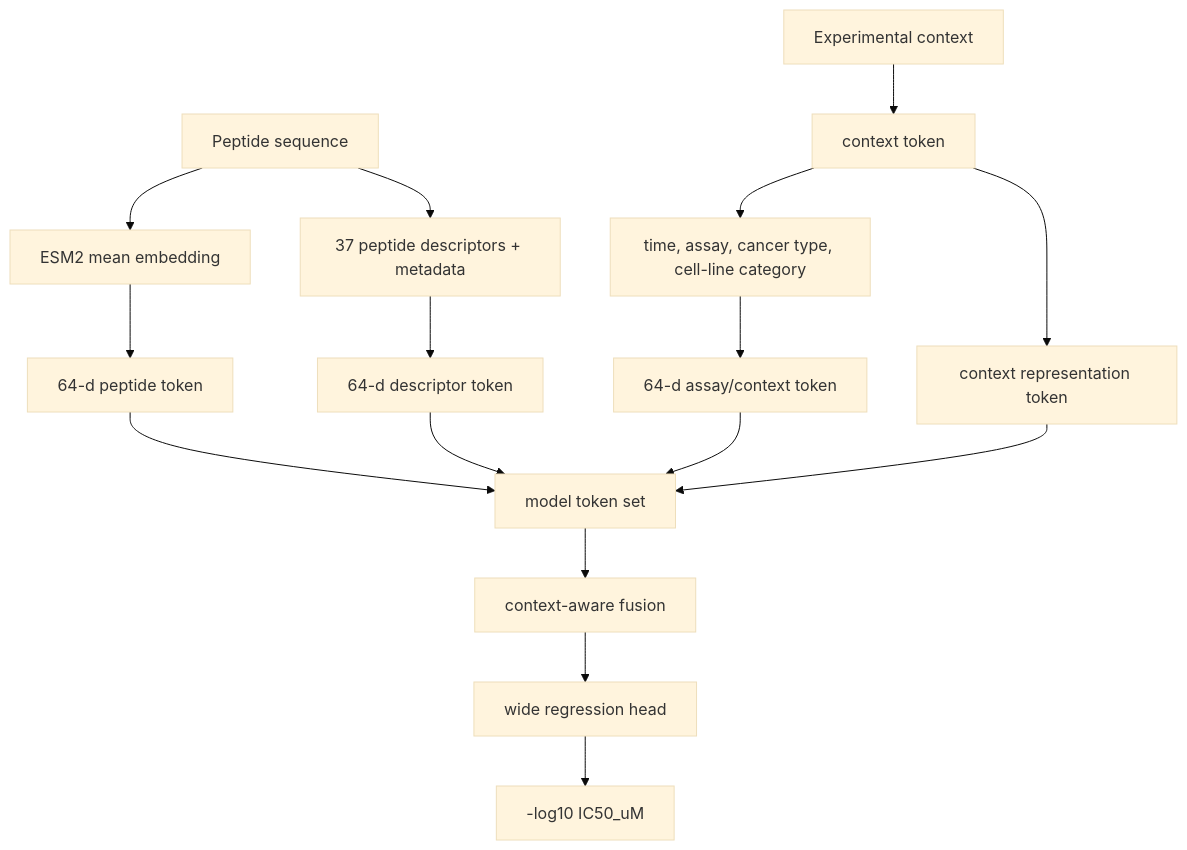
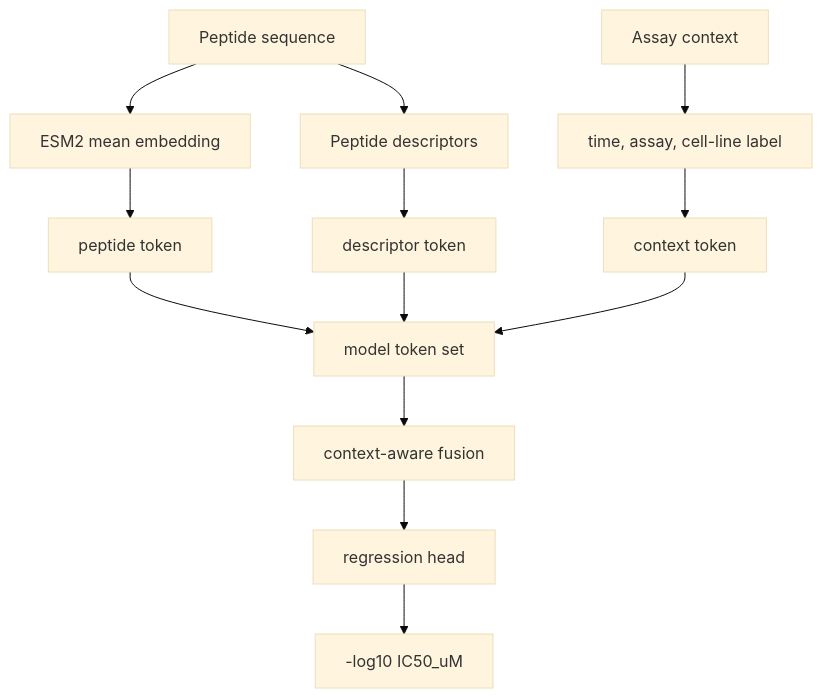
One commit to ChiShawn/acp-profiler-esm2 changed the second of 3 diagrams in docs/architecture.md. Above: the diagram before and after it, drawn with Mermaid (base theme). The commit also changed other lines of this file and 2 other files, not shown here.

Commit message:
Align architecture docs with public inference scope

````diff
--- a/docs/architecture.md
+++ b/docs/architecture.md
@@ -29,21 +25,18 @@
 ```mermaid
 flowchart TB
     S[Peptide sequence] --> ESM[ESM2 mean embedding]
-    S --> DESC[37 peptide descriptors + metadata]
-    CTX[Assay and cell-line context] --> ASSAY[time, assay, cancer type, cell-line category]
-    DEP[Experimental context] --> CTX[context token]
+    S --> DESC[Peptide descriptors]
+    CTX[Assay context] --> ASSAY[time, assay, cell-line label]
 
-    ESM --> T1[64-d peptide token]
-    DESC --> T2[64-d descriptor token]
-    ASSAY --> T3[64-d assay/context token]
-    CTX --> T4[context representation token]
+    ESM --> T1[peptide token]
+    DESC --> T2[descriptor token]
+    ASSAY --> T3[context token]
 
     T1 --> F[model token set]
     T2 --> F
     T3 --> F
-    T4 --> F
 
     F --> XATTN[context-aware fusion]
-    XATTN --> HEAD[wide regression head]
+    XATTN --> HEAD[regression head]
     HEAD --> Y[-log10 IC50_uM]
 ```
````
